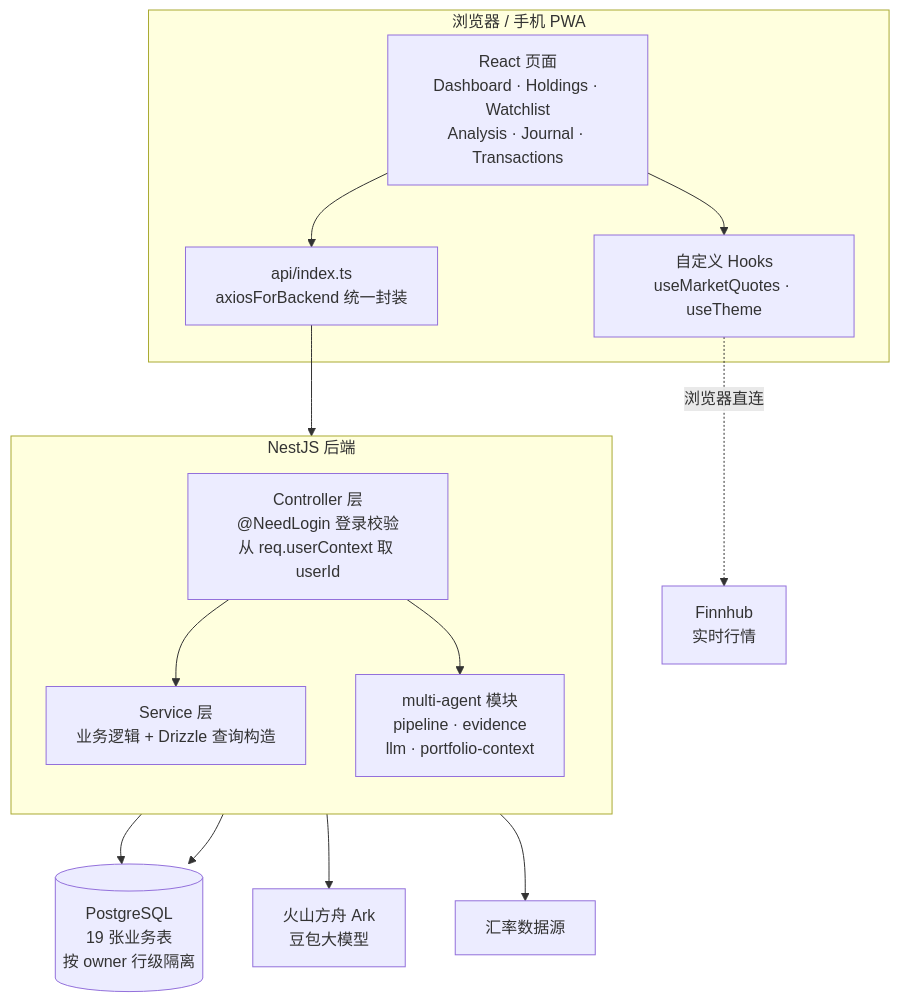
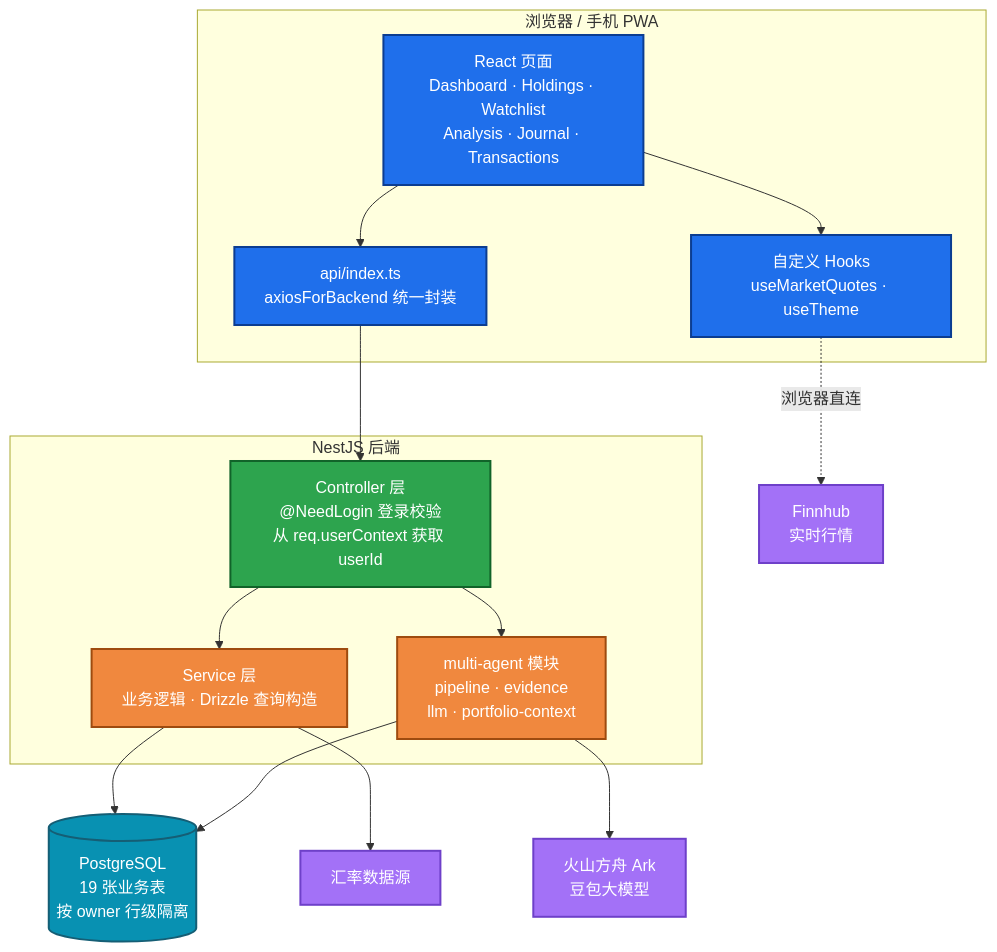
Before and after one commit to Lueyu/daily-portfolio-analysis: the first of 3 diagrams in README.zh-CN.md, drawn with Mermaid. The commit also changed other lines of this file and 1 other file, not shown here.

Commit message:
docs: align Chinese and English README, formal tone, colorful architecture diagrams

````diff
--- a/README.zh-CN.md
+++ b/README.zh-CN.md
@@ -44,31 +28,36 @@
 ```mermaid
 flowchart TB
     subgraph Browser["浏览器 / 手机 PWA"]
-        P["React 页面<br/>Dashboard · Holdings · Watchlist<br/>Analysis · Journal · Transactions"]
-        H["自定义 Hooks<br/>useMarketQuotes · useTheme"]
-        AC["api/index.ts<br/>axiosForBackend 统一封装"]
+        P["React 页面<br/>Dashboard · Holdings · Watchlist<br/>Analysis · Journal · Transactions"]:::fe
+        H["自定义 Hooks<br/>useMarketQuotes · useTheme"]:::fe
+        AC["api/index.ts<br/>axiosForBackend 统一封装"]:::fe
         P --> AC
         P --> H
     end
 
     subgraph Server["NestJS 后端"]
-        direction TB
-        C["Controller 层<br/>@NeedLogin 登录校验<br/>从 req.userContext 取 userId"]
-        S["Service 层<br/>业务逻辑 + Drizzle 查询构造"]
-        MA["multi-agent 模块<br/>pipeline · evidence<br/>llm · portfolio-context"]
+        C["Controller 层<br/>@NeedLogin 登录校验<br/>从 req.userContext 获取 userId"]:::ctrl
+        S["Service 层<br/>业务逻辑 · Drizzle 查询构造"]:::svc
+        MA["multi-agent 模块<br/>pipeline · evidence<br/>llm · portfolio-context"]:::svc
         C --> S
         C --> MA
     end
 
-    PG[("PostgreSQL<br/>19 张业务表<br/>按 owner 行级隔离")]
-    FH["Finnhub<br/>实时行情"]
-    ARK["火山方舟 Ark<br/>豆包大模型"]
-    FXEXT["汇率数据源"]
+    PG[("PostgreSQL<br/>19 张业务表<br/>按 owner 行级隔离")]:::db
+    FH["Finnhub<br/>实时行情"]:::ext
+    ARK["火山方舟 Ark<br/>豆包大模型"]:::ext
+    FXEXT["汇率数据源"]:::ext
 
     H -. 浏览器直连 .-> FH
     AC --> C
     S --> PG
     MA --> PG
     MA --> ARK
     S --> FXEXT
+
+    classDef fe fill:#1f6feb,stroke:#0b3d91,color:#ffffff,stroke-width:2px
+    classDef ctrl fill:#2da44e,stroke:#116329,color:#ffffff,stroke-width:2px
+    classDef svc fill:#f0883e,stroke:#9e4b0f,color:#ffffff,stroke-width:2px
+    classDef db fill:#0891b2,stroke:#155e75,color:#ffffff,stroke-width:2px
+    classDef ext fill:#a371f7,stroke:#6e40c9,color:#ffffff,stroke-width:2px
 ```
````
